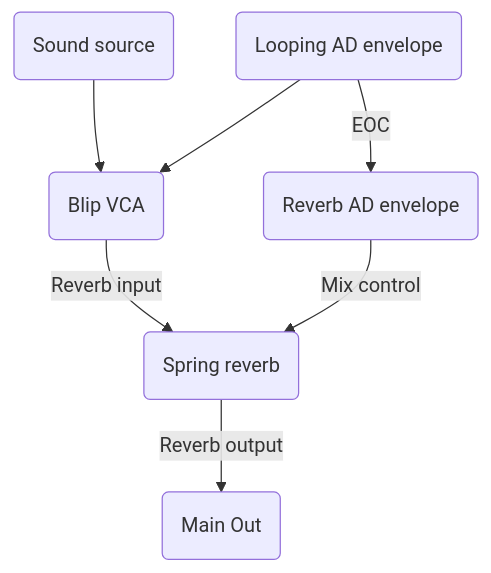
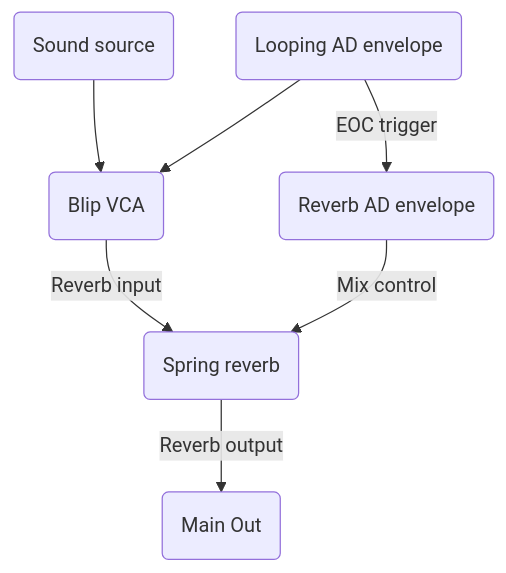
Before and after one commit to aidanreilly/man_synth: the fourth of 4 diagrams in _posts/2017-1-24-spring-thing.md, drawn with Mermaid. The commit also changed other lines of this file, not shown here.

```diff
--- a/_posts/2017-1-24-spring-thing.md
+++ b/_posts/2017-1-24-spring-thing.md
@@ -65,9 +65,9 @@
 <div class="mermaid">
 graph TD;
 F(Sound source)-->E(Blip VCA)
 A(Looping AD envelope)-->E(Blip VCA)
 E(Blip VCA)-->|Reverb input|D(Spring reverb)
-A(Looping AD envelope) -->|EOC| B(Reverb AD envelope)
+A(Looping AD envelope) -->|EOC trigger| B(Reverb AD envelope)
 B(Reverb AD envelope)-->|Mix control|D(Spring reverb)
 D(Spring reverb) -->|Reverb output| G(Main Out)
 </div>
```
